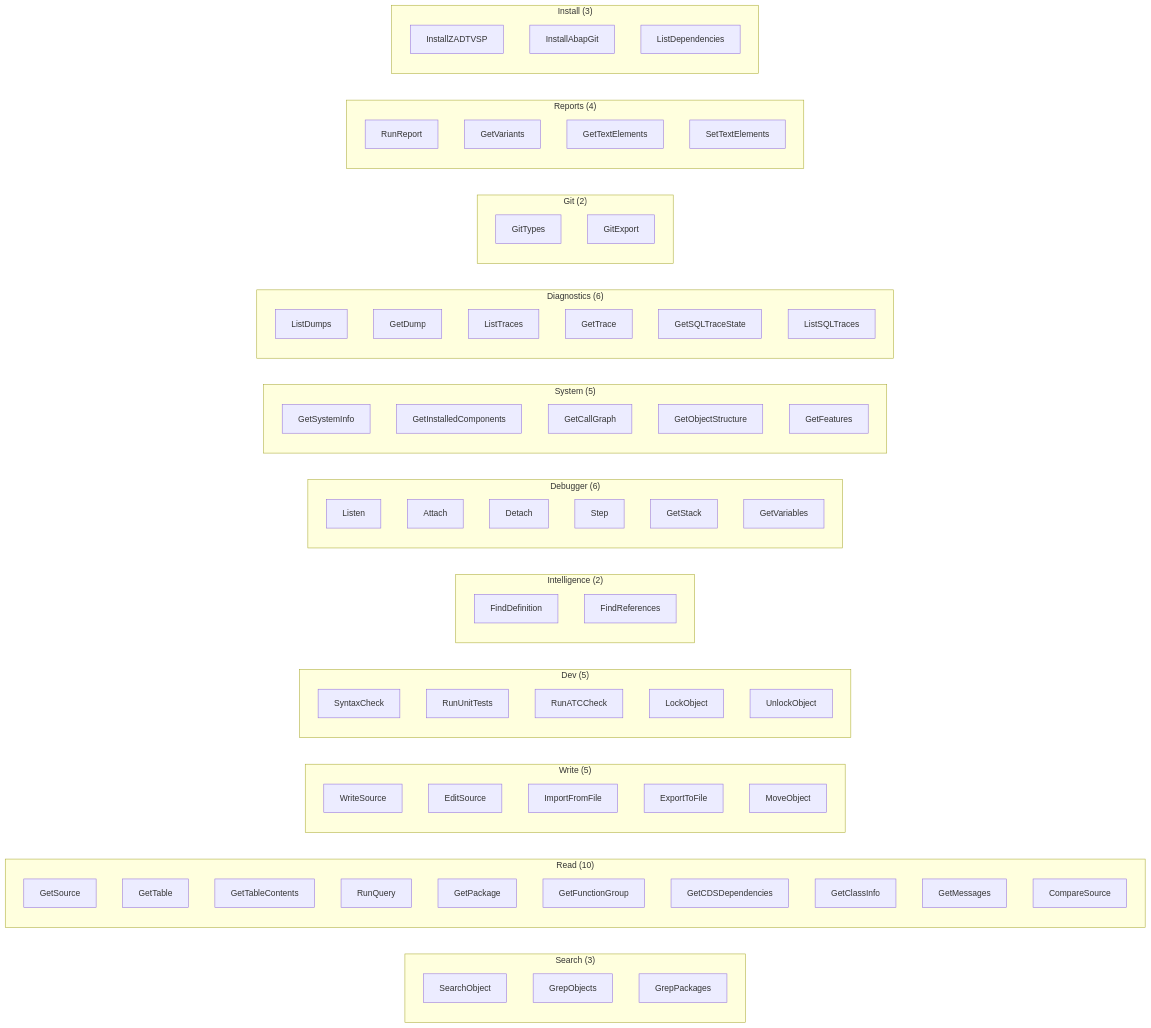
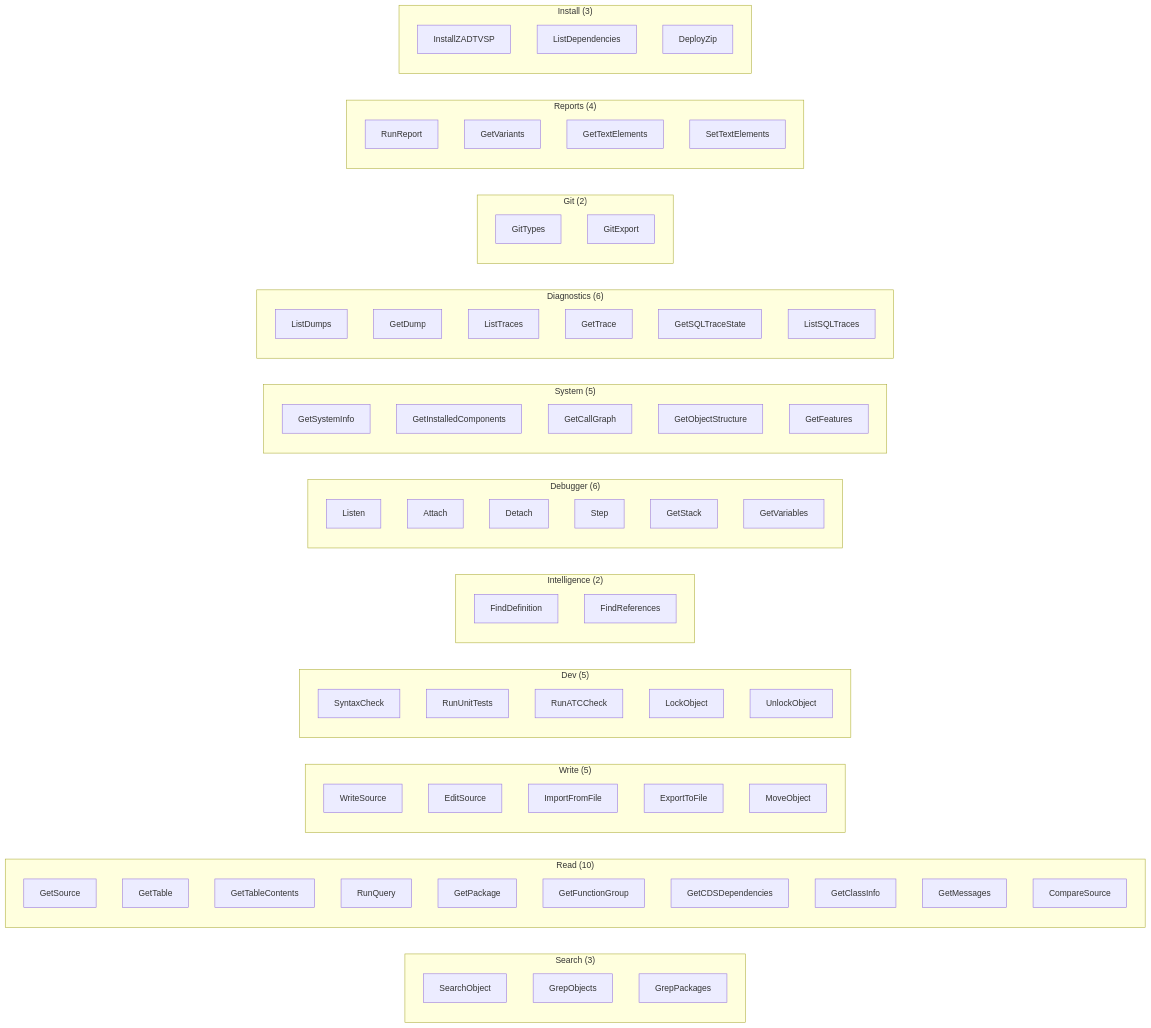
One commit to oisee/vibing-steampunk changed the fourth of 7 diagrams in docs/architecture.md. Above: the diagram before and after it, drawn with Mermaid. The commit also changed 27 other files, not shown here.

````diff
--- a/docs/architecture.md
+++ b/docs/architecture.md
@@ -236,7 +236,7 @@
 
     subgraph Install["Install (3)"]
         IV[InstallZADTVSP]
-        IA[InstallAbapGit]
         LDp[ListDependencies]
+        DZ[DeployZip]
     end
 ```
````
